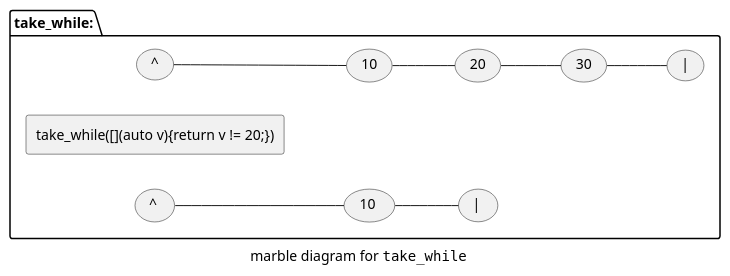
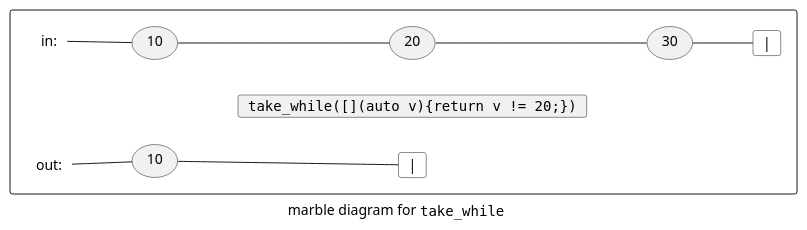
The eighth of 16 diagrams in sequences.md (kirkshoop/sequence-next), drawn with PlantUML before and after one commit. The commit also changed other lines of this file, not shown here.

````diff
--- a/sequences.md
+++ b/sequences.md
@@ -484,13 +507,23 @@
 ```plantuml
 caption marble diagram for ""take_while""
 left to right direction
-package take_while: {
-(^) -- (10)
-(10) -- (20)
-(20) -- (30)
-(30) -- (|)
-rectangle ""take_while([](auto v){return v != 20;})""
-(^ ) -- (10 )
-(10 ) -- (| )
+rectangle {
+card iS as "in:" #transparent;line:transparent 
+usecase i10 as "10"
+usecase i20 as "20"
+usecase i30 as "30"
+card iE as "|" #transparent
+iS -- i10
+i10 -- i20
+i20 -- i30
+i30 -- iE
+usecase anc as " " #transparent;line:transparent
+card fn as """take_while([](auto v){return v != 20;})""" 
+anc -[hidden]-- fn
+card oS as "out:" #transparent;line:transparent
+usecase o10 as "10"
+card oE as "|" #transparent
+oS -- o10
+o10 -- oE
 }
 ```
````
